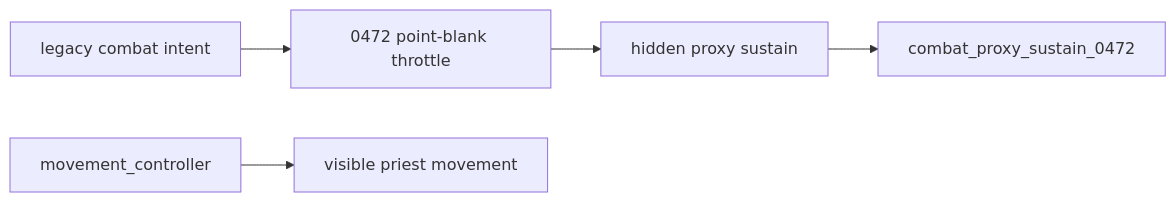
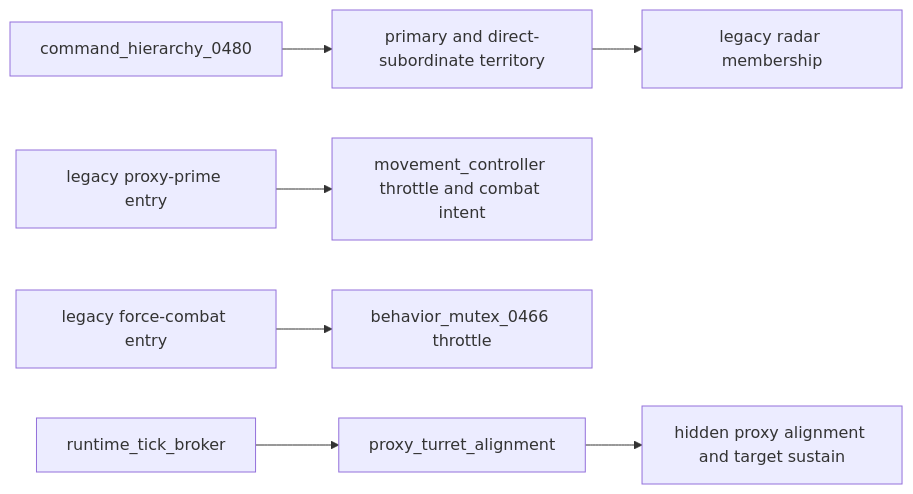
The third of 10 diagrams in docs/RECOVERY_AUTHORITY_MAP_CURRENT.md (mrcalzon02/Tech-Priests), drawn with Mermaid before and after one commit. The commit also changed other lines of this file and 17 other files, not shown here.

Commit message:
Retire 0472 into canonical combat proxy owners

````diff
--- a/docs/RECOVERY_AUTHORITY_MAP_CURRENT.md
+++ b/docs/RECOVERY_AUTHORITY_MAP_CURRENT.md
@@ -43,7 +43,9 @@
 ```mermaid
 flowchart LR
-    CombatIntent[legacy combat intent] --> Throttle[0472 point-blank throttle]
-    Throttle --> Proxy[hidden proxy sustain]
-    Proxy --> Broker[combat_proxy_sustain_0472]
-    Movement[movement_controller] --> Visible[visible priest movement]
+    Hierarchy[command_hierarchy_0480] --> Territory[primary and direct-subordinate territory]
+    Territory --> Radar[legacy radar membership]
+    Prime[legacy proxy-prime entry] --> Movement[movement_controller throttle and combat intent]
+    Force[legacy force-combat entry] --> Mutex[behavior_mutex_0466 throttle]
+    Broker[runtime_tick_broker] --> Proxy[proxy_turret_alignment]
+    Proxy --> Hidden[hidden proxy alignment and target sustain]
 ```
````
